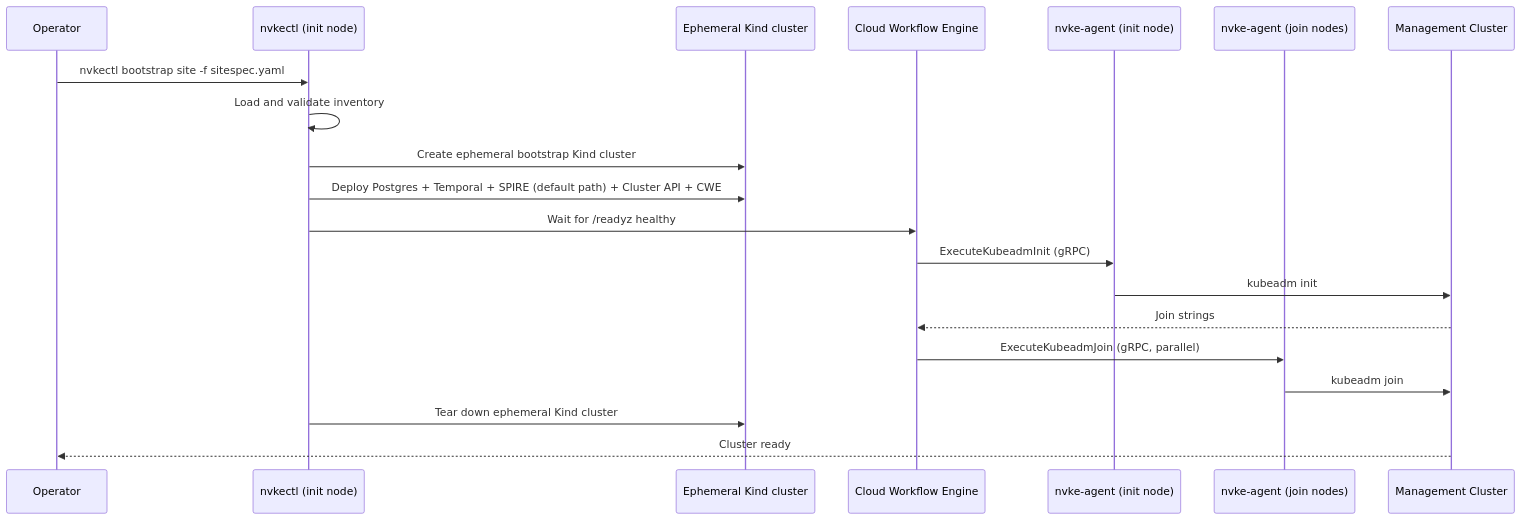
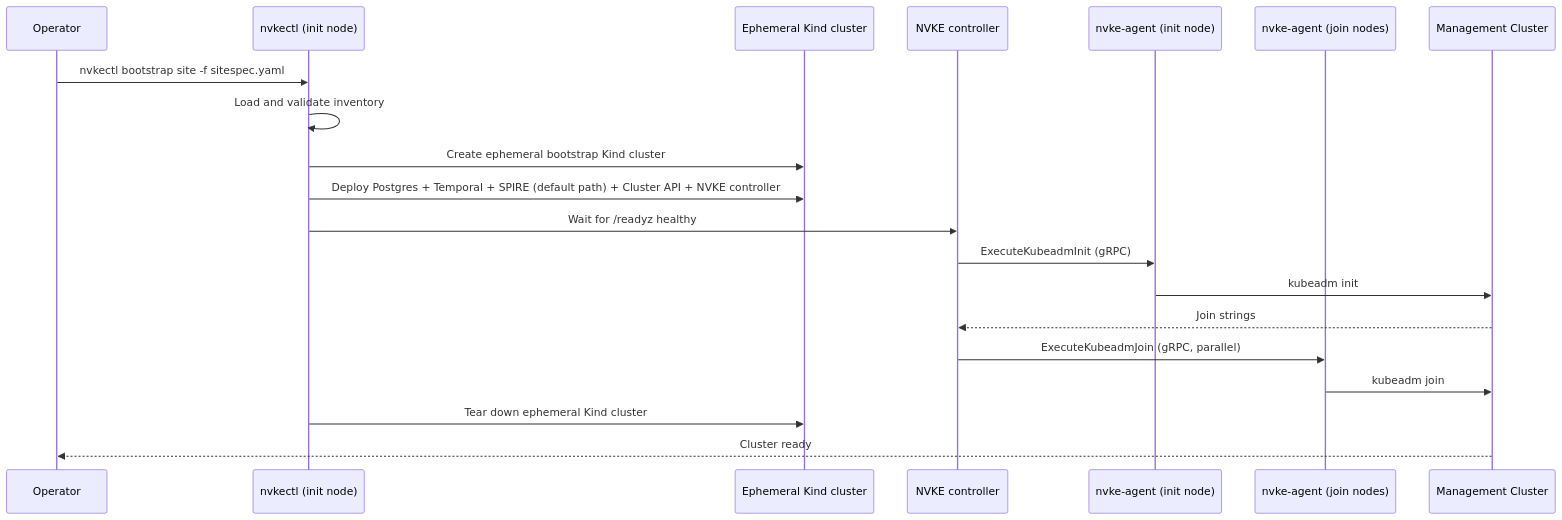
One commit to FrankSpitulski/nvke changed the diagram in docs/site-bootstrap/overview.md. Above: the diagram before and after it, drawn with Mermaid. The commit also changed other lines of this file and 11 other files, not shown here.

First line of the commit message:
docs: name the service the NVKE controller on first mention (#1830)

````diff
--- a/docs/site-bootstrap/overview.md
+++ b/docs/site-bootstrap/overview.md
@@ -21,23 +21,23 @@
 ```mermaid
 sequenceDiagram
     participant Op as Operator
     participant Ctl as nvkectl (init node)
     participant Kind as Ephemeral Kind cluster
-    participant CWE as Cloud Workflow Engine
+    participant Controller as NVKE controller
     participant Init as nvke-agent (init node)
     participant Join as nvke-agent (join nodes)
     participant K8s as Management Cluster
 
     Op->>Ctl: nvkectl bootstrap site -f sitespec.yaml
     Ctl->>Ctl: Load and validate inventory
     Ctl->>Kind: Create ephemeral bootstrap Kind cluster
-    Ctl->>Kind: Deploy Postgres + Temporal + SPIRE (default path) + Cluster API + CWE
-    Ctl->>CWE: Wait for /readyz healthy
-    CWE->>Init: ExecuteKubeadmInit (gRPC)
+    Ctl->>Kind: Deploy Postgres + Temporal + SPIRE (default path) + Cluster API + NVKE controller
+    Ctl->>Controller: Wait for /readyz healthy
+    Controller->>Init: ExecuteKubeadmInit (gRPC)
     Init->>K8s: kubeadm init
-    K8s-->>CWE: Join strings
-    CWE->>Join: ExecuteKubeadmJoin (gRPC, parallel)
+    K8s-->>Controller: Join strings
+    Controller->>Join: ExecuteKubeadmJoin (gRPC, parallel)
     Join->>K8s: kubeadm join
     Ctl->>Kind: Tear down ephemeral Kind cluster
     K8s-->>Op: Cluster ready
 ```
````
